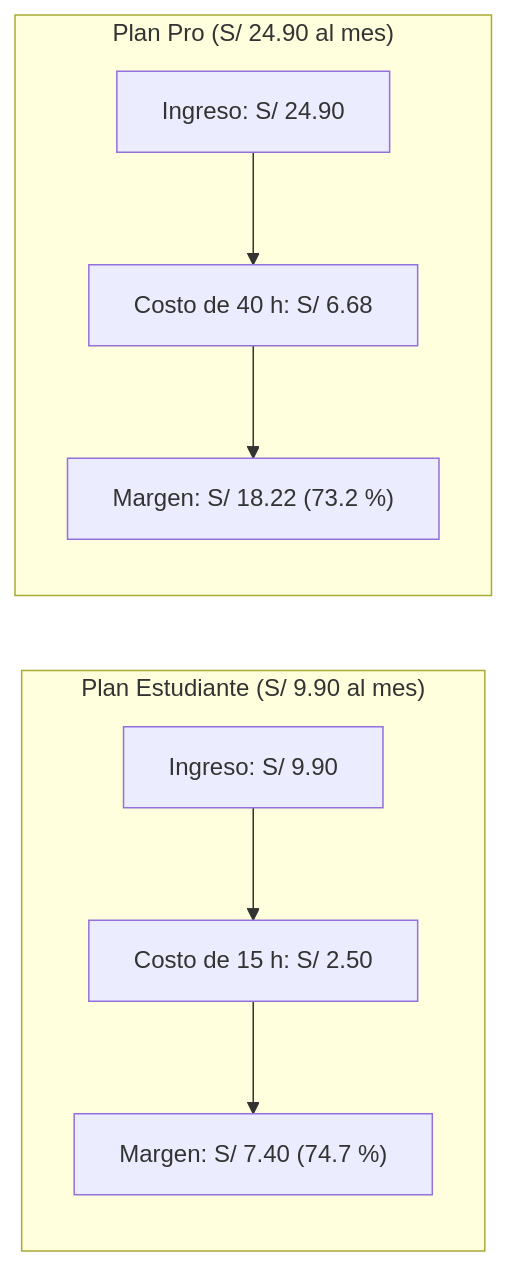
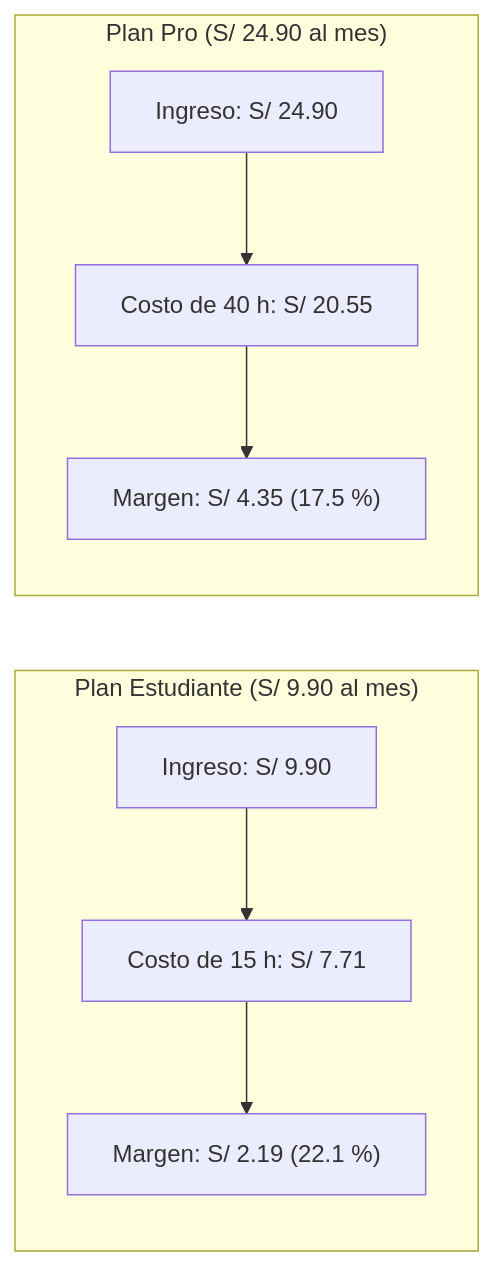
The diagram in docs/resultados.md (rodnm/minuta-app), drawn with Mermaid before and after one commit. The commit also changed other lines of this file and 4 other files, not shown here.

````diff
--- a/docs/resultados.md
+++ b/docs/resultados.md
@@ -195,18 +204,18 @@
 ```mermaid
 flowchart LR
     subgraph Plan_Estudiante["Plan Estudiante (S/ 9.90 al mes)"]
         direction TB
         PE["Ingreso: S/ 9.90"]
-        CE["Costo de 15 h: S/ 2.50"]
-        ME["Margen: S/ 7.40 (74.7 %)"]
+        CE["Costo de 15 h: S/ 7.71"]
+        ME["Margen: S/ 2.19 (22.1 %)"]
         PE --> CE --> ME
     end
 
     subgraph Plan_Pro["Plan Pro (S/ 24.90 al mes)"]
         direction TB
         PP["Ingreso: S/ 24.90"]
-        CP["Costo de 40 h: S/ 6.68"]
-        MP["Margen: S/ 18.22 (73.2 %)"]
+        CP["Costo de 40 h: S/ 20.55"]
+        MP["Margen: S/ 4.35 (17.5 %)"]
         PP --> CP --> MP
     end
 ```
````
